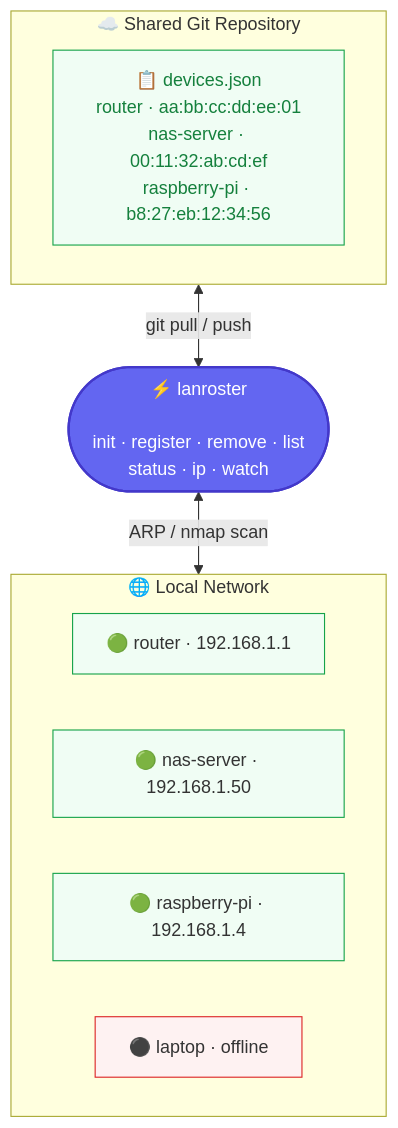
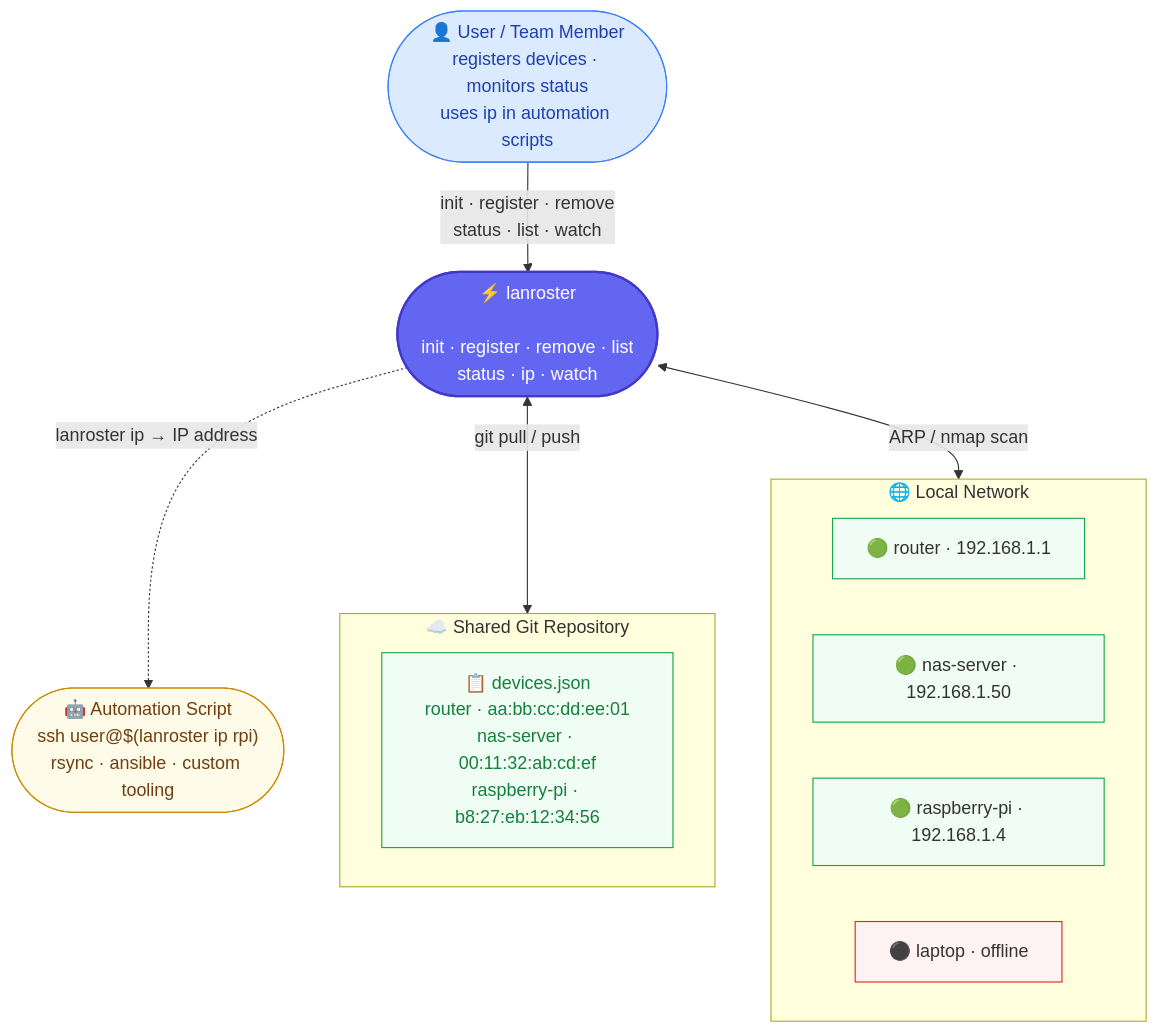
The diagram in README.md (amq84/lanroster), drawn with Mermaid before and after one commit.

Commit message:
Extend diagram with user actor and automation script output
Adds a User node (blue) showing all CLI command interactions, and an
Automation Script node (amber) showing the ip-command output path.
Dashed edge distinguishes the script consumer from the core system.

````diff
--- a/README.md
+++ b/README.md
@@ -9,25 +9,33 @@
 ```mermaid
 flowchart TD
+    USER(["👤 User / Team Member<br/>registers devices · monitors status<br/>uses ip in automation scripts"])
+
+    TOOL(["⚡ lanroster<br/><br/>init · register · remove · list<br/>status · ip · watch"])
+
     subgraph REPO["☁️  Shared Git Repository"]
         DJ["📋 devices.json<br/>router · aa:bb:cc:dd:ee:01<br/>nas-server · 00:11:32:ab:cd:ef<br/>raspberry-pi · b8:27:eb:12:34:56"]
     end
-
-    TOOL(["⚡ lanroster<br/><br/>init · register · remove · list<br/>status · ip · watch"])
 
     subgraph LAN["🌐  Local Network"]
         N1["🟢 router · 192.168.1.1"]
         N2["🟢 nas-server · 192.168.1.50"]
         N3["🟢 raspberry-pi · 192.168.1.4"]
         N4["⚫ laptop · offline"]
     end
 
-    REPO <-->|"git pull / push"| TOOL
+    SCRIPT(["🤖 Automation Script<br/>ssh user@$(lanroster ip rpi)<br/>rsync · ansible · custom tooling"])
+
+    USER -->|"init · register · remove<br/>status · list · watch"| TOOL
+    TOOL <-->|"git pull / push"| REPO
     TOOL <-->|"ARP / nmap scan"| LAN
+    TOOL -.->|"lanroster ip → IP address"| SCRIPT
 
+    style USER fill:#dbeafe,stroke:#3b82f6,color:#1e40af
     style TOOL fill:#6366f1,color:#fff,stroke:#4338ca,stroke-width:2px
     style DJ fill:#f0fdf4,stroke:#16a34a,color:#15803d
     style N1 fill:#f0fdf4,stroke:#16a34a
     style N2 fill:#f0fdf4,stroke:#16a34a
     style N3 fill:#f0fdf4,stroke:#16a34a
     style N4 fill:#fef2f2,stroke:#dc2626
+    style SCRIPT fill:#fefce8,stroke:#ca8a04,color:#713f12
 ```
````
